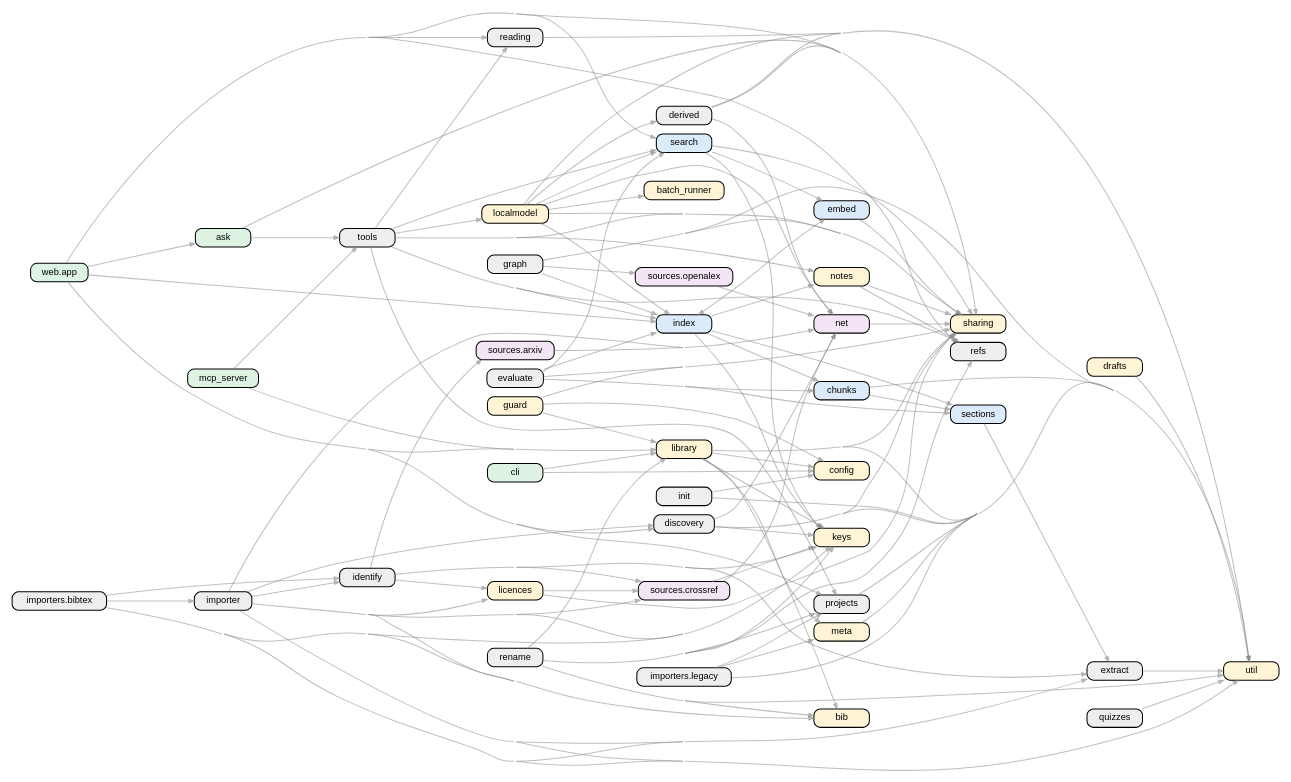
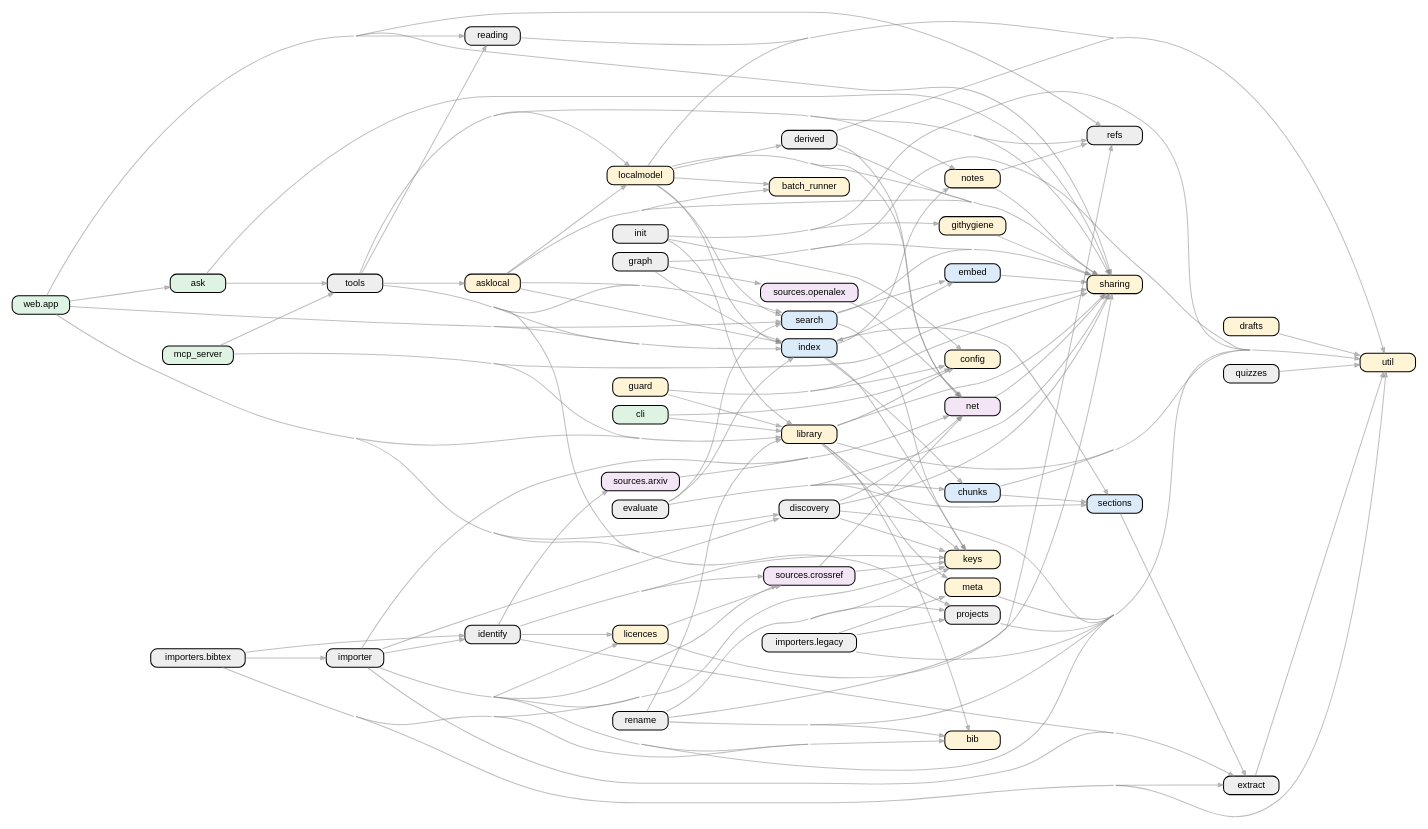
One commit to markmuetz/litnav changed the diagram in docs/architecture/diagrams/modules.dot. Above: the diagram before and after it, drawn with Graphviz. The commit also changed 16 other files, not shown here.

```diff
--- a/docs/architecture/diagrams/modules.dot
+++ b/docs/architecture/diagrams/modules.dot
@@ -1,160 +1,172 @@
 digraph G { graph [rankdir=LR, fontname="Helvetica", ranksep=1.1, nodesep=0.12, concentrate=true];
  node [fontname="Helvetica", fontsize=9, shape=box, style="rounded,filled", height=0.25];
  edge [color="#88888888", arrowsize=0.5];
  "ask" [fillcolor="#DFF3E3"];
+ "asklocal" [fillcolor="#FFF4D6"];
  "batch_runner" [fillcolor="#FFF4D6"];
  "bib" [fillcolor="#FFF4D6"];
  "chunks" [fillcolor="#DCEBFA"];
  "cli" [fillcolor="#DFF3E3"];
  "config" [fillcolor="#FFF4D6"];
  "derived" [fillcolor="#EEEEEE"];
  "discovery" [fillcolor="#EEEEEE"];
  "drafts" [fillcolor="#FFF4D6"];
  "embed" [fillcolor="#DCEBFA"];
  "evaluate" [fillcolor="#EEEEEE"];
  "extract" [fillcolor="#EEEEEE"];
+ "githygiene" [fillcolor="#FFF4D6"];
  "graph" [fillcolor="#EEEEEE"];
  "guard" [fillcolor="#FFF4D6"];
  "identify" [fillcolor="#EEEEEE"];
  "importer" [fillcolor="#EEEEEE"];
  "importers.bibtex" [fillcolor="#EEEEEE"];
  "importers.legacy" [fillcolor="#EEEEEE"];
  "index" [fillcolor="#DCEBFA"];
  "init" [fillcolor="#EEEEEE"];
  "keys" [fillcolor="#FFF4D6"];
  "library" [fillcolor="#FFF4D6"];
  "licences" [fillcolor="#FFF4D6"];
  "localmodel" [fillcolor="#FFF4D6"];
  "mcp_server" [fillcolor="#DFF3E3"];
  "meta" [fillcolor="#FFF4D6"];
  "net" [fillcolor="#F3E5F5"];
  "notes" [fillcolor="#FFF4D6"];
  "projects" [fillcolor="#EEEEEE"];
  "quizzes" [fillcolor="#EEEEEE"];
  "reading" [fillcolor="#EEEEEE"];
  "refs" [fillcolor="#EEEEEE"];
  "rename" [fillcolor="#EEEEEE"];
  "search" [fillcolor="#DCEBFA"];
  "sections" [fillcolor="#DCEBFA"];
  "sharing" [fillcolor="#FFF4D6"];
  "sources.arxiv" [fillcolor="#F3E5F5"];
  "sources.crossref" [fillcolor="#F3E5F5"];
  "sources.openalex" [fillcolor="#F3E5F5"];
  "tools" [fillcolor="#EEEEEE"];
  "util" [fillcolor="#FFF4D6"];
  "web.app" [fillcolor="#DFF3E3"];
  "ask" -> "sharing";
  "ask" -> "tools";
+ "asklocal" -> "batch_runner";
+ "asklocal" -> "index";
+ "asklocal" -> "localmodel";
+ "asklocal" -> "search";
+ "asklocal" -> "sharing";
  "chunks" -> "sections";
  "chunks" -> "util";
  "cli" -> "config";
  "cli" -> "library";
  "derived" -> "net";
  "derived" -> "sharing";
  "derived" -> "util";
  "discovery" -> "keys";
  "discovery" -> "net";
  "discovery" -> "sharing";
  "discovery" -> "util";
  "drafts" -> "util";
  "embed" -> "index";
  "embed" -> "sharing";
  "evaluate" -> "chunks";
  "evaluate" -> "index";
  "evaluate" -> "search";
  "evaluate" -> "sections";
  "evaluate" -> "sharing";
  "extract" -> "util";
+ "githygiene" -> "sharing";
  "graph" -> "index";
  "graph" -> "sharing";
  "graph" -> "sources.openalex";
  "graph" -> "util";
  "guard" -> "config";
  "guard" -> "library";
  "guard" -> "sharing";
  "identify" -> "extract";
  "identify" -> "keys";
  "identify" -> "licences";
  "identify" -> "sources.arxiv";
  "identify" -> "sources.crossref";
  "importer" -> "bib";
  "importer" -> "discovery";
  "importer" -> "extract";
  "importer" -> "identify";
  "importer" -> "keys";
  "importer" -> "licences";
  "importer" -> "net";
  "importer" -> "sources.crossref";
  "importer" -> "util";
  "importers.bibtex" -> "bib";
  "importers.bibtex" -> "extract";
  "importers.bibtex" -> "identify";
  "importers.bibtex" -> "importer";
  "importers.bibtex" -> "keys";
  "importers.bibtex" -> "util";
  "importers.legacy" -> "meta";
  "importers.legacy" -> "projects";
  "importers.legacy" -> "util";
  "index" -> "chunks";
  "index" -> "embed";
  "index" -> "keys";
  "index" -> "notes";
  "index" -> "sections";
  "init" -> "config";
+ "init" -> "githygiene";
+ "init" -> "library";
  "init" -> "util";
  "library" -> "bib";
  "library" -> "config";
  "library" -> "keys";
  "library" -> "meta";
  "library" -> "sharing";
  "library" -> "util";
  "licences" -> "sharing";
  "licences" -> "sources.crossref";
  "localmodel" -> "batch_runner";
  "localmodel" -> "derived";
  "localmodel" -> "index";
  "localmodel" -> "net";
  "localmodel" -> "search";
  "localmodel" -> "sharing";
  "localmodel" -> "util";
  "mcp_server" -> "library";
+ "mcp_server" -> "sharing";
  "mcp_server" -> "tools";
  "meta" -> "util";
  "net" -> "sharing";
  "notes" -> "refs";
  "notes" -> "sharing";
  "projects" -> "util";
  "quizzes" -> "util";
  "reading" -> "util";
  "rename" -> "bib";
  "rename" -> "keys";
  "rename" -> "library";
  "rename" -> "projects";
  "rename" -> "refs";
  "rename" -> "util";
  "search" -> "embed";
  "search" -> "keys";
  "search" -> "sharing";
  "sections" -> "extract";
  "sources.arxiv" -> "net";
  "sources.crossref" -> "keys";
  "sources.crossref" -> "net";
  "sources.openalex" -> "net";
+ "tools" -> "asklocal";
  "tools" -> "index";
  "tools" -> "localmodel";
  "tools" -> "notes";
  "tools" -> "projects";
  "tools" -> "reading";
  "tools" -> "refs";
  "tools" -> "search";
  "tools" -> "sharing";
  "web.app" -> "ask";
  "web.app" -> "discovery";
  "web.app" -> "index";
  "web.app" -> "library";
  "web.app" -> "projects";
  "web.app" -> "reading";
  "web.app" -> "refs";
  "web.app" -> "search";
  "web.app" -> "sharing";
 }
```
